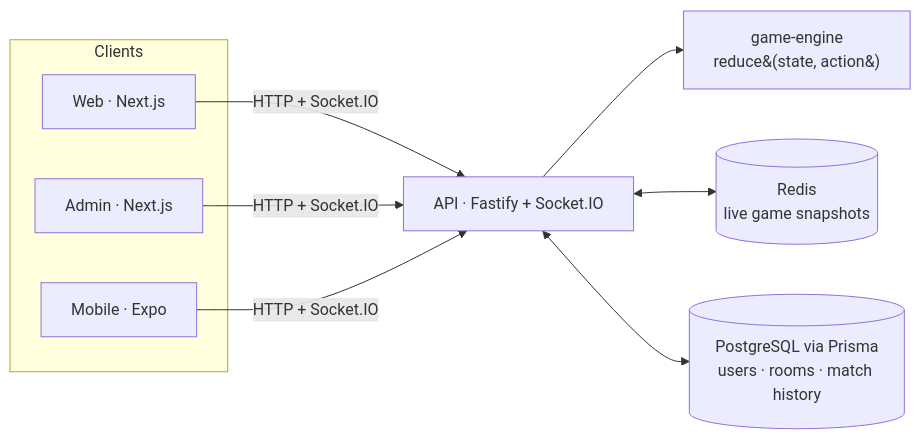
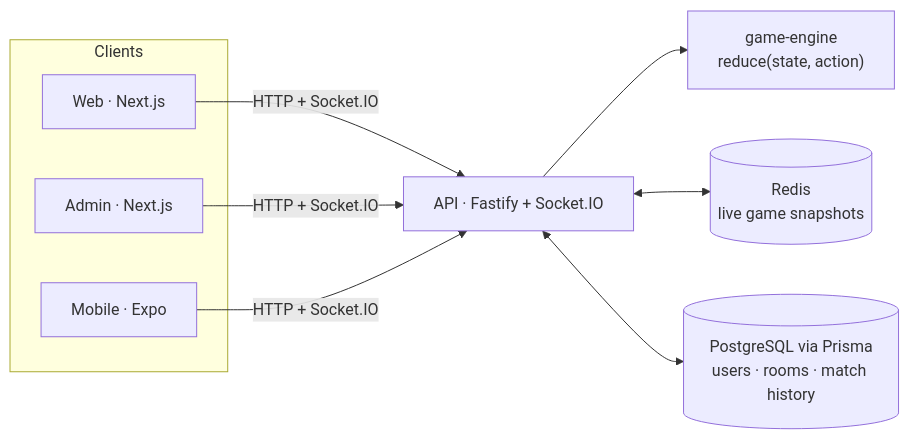
Before and after one commit to SaifSarker11/1757-RPG: the diagram in README.md, drawn with Mermaid.

Commit message:
docs: fix mermaid syntax error in README architecture diagram

````diff
--- a/README.md
+++ b/README.md
@@ -81,12 +81,12 @@
 ```mermaid
 flowchart LR
   subgraph Clients
-    W[Web · Next.js]
-    A[Admin · Next.js]
-    M[Mobile · Expo]
+    W["Web · Next.js"]
+    A["Admin · Next.js"]
+    M["Mobile · Expo"]
   end
-  W & A & M -- HTTP + Socket.IO --> API[API · Fastify + Socket.IO]
-  API --> E[game-engine<br/>reduce&#40;state, action&#41;]
-  API <--> R[(Redis<br/>live game snapshots)]
-  API <--> P[(PostgreSQL via Prisma<br/>users · rooms · match history)]
+  W & A & M -- HTTP + Socket.IO --> API["API · Fastify + Socket.IO"]
+  API --> E["game-engine<br/>reduce(state, action)"]
+  API <--> R[("Redis<br/>live game snapshots")]
+  API <--> P[("PostgreSQL via Prisma<br/>users · rooms · match history")]
 ```
````
